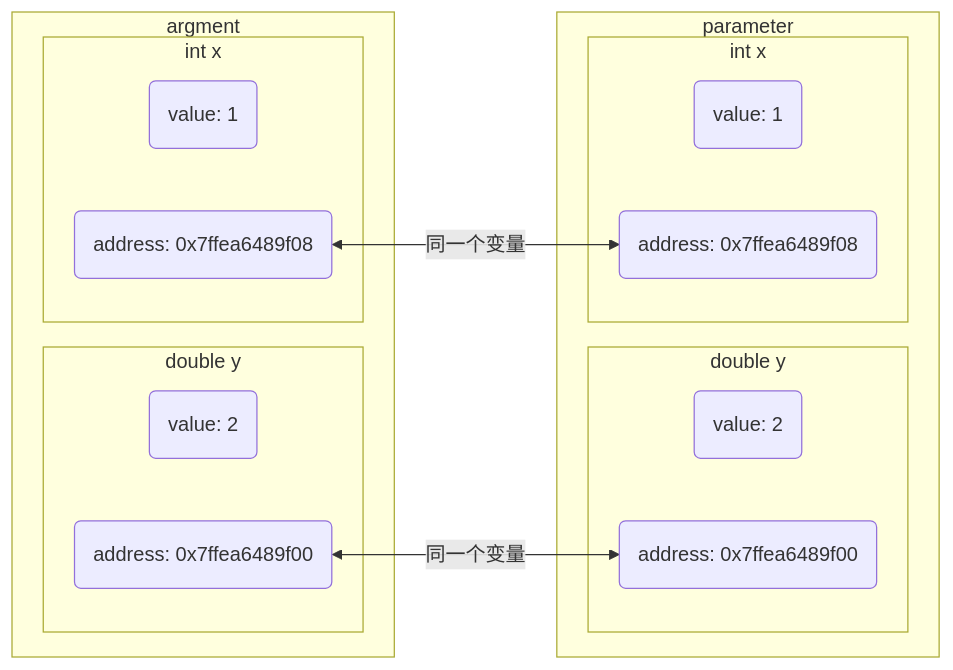
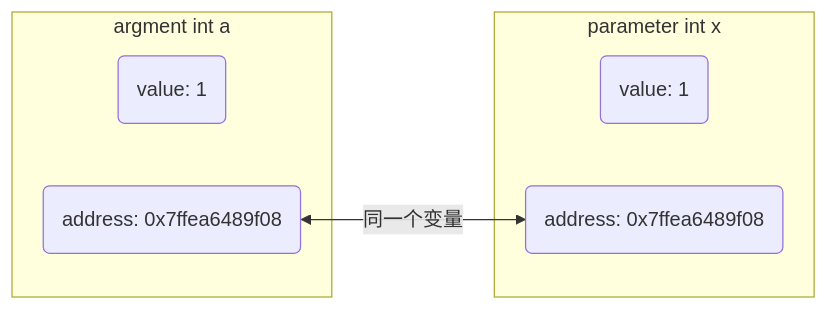
One commit to dmjcb/dmjcb.github.io changed the third of 3 diagrams in _posts/c_c++/2024-12-23-函数.md. Above: the diagram before and after it, drawn with Mermaid. The commit also changed other lines of this file and 6 other files, not shown here.

````diff
--- a/_posts/c_c++/2024-12-23-函数.md
+++ b/_posts/c_c++/2024-12-23-函数.md
@@ -316,25 +234,12 @@
 ```mermaid
 graph LR;
-    subgraph parameter
-        subgraph double y
-            V3(value: 2)
-            A3(address: 0x7ffea6489f00)
-        end
-        subgraph int x
-            V2(value: 1)
-            A2(address: 0x7ffea6489f08)
-        end
+    subgraph parameter int x
+        V2(value: 1)
+        A2(address: 0x7ffea6489f08)
     end
-    subgraph argment
-        subgraph double y
-            V1(value: 2)
-            A1(address: 0x7ffea6489f00)
-        end
-        subgraph int x
-            V(value: 1)
-            A(address: 0x7ffea6489f08)
-        end
+    subgraph argment int a
+        V(value: 1)
+        A(address: 0x7ffea6489f08)
     end
     A<--同一个变量-->A2
-    A1<--同一个变量-->A3
 ```
````
